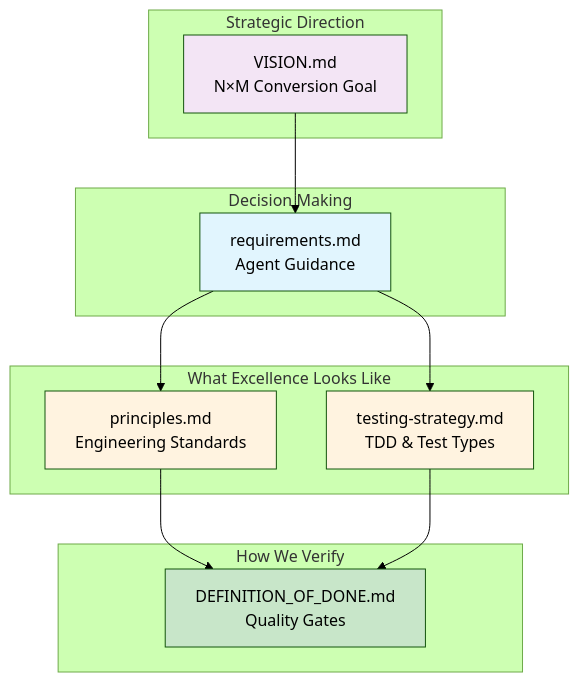
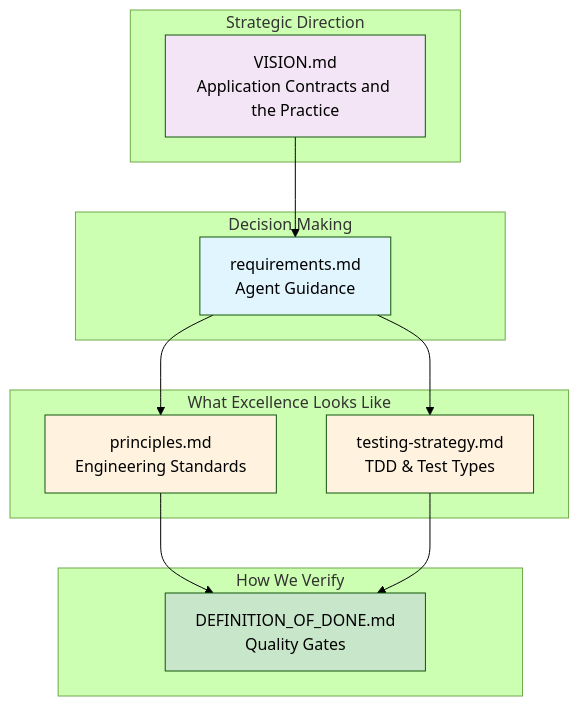
Before and after one commit to EngraphCode/castr: the second of 2 diagrams in .agent/directives/principles.md, drawn with Mermaid (forest theme). The commit also changed other lines of this file and 134 other files, not shown here.

````diff
--- a/.agent/directives/principles.md
+++ b/.agent/directives/principles.md
@@ -233,31 +257,31 @@
 ```mermaid
 graph TD
     subgraph "Strategic Direction"
-        VISION[VISION.md<br/>N×M Conversion Goal]
+        VISION[VISION.md<br/>Application Contracts and the Practice]
     end
 
     subgraph "Decision Making"
         REQ[requirements.md<br/>Agent Guidance]
     end
 
     subgraph "What Excellence Looks Like"
         RULES[principles.md<br/>Engineering Standards]
         TEST[testing-strategy.md<br/>TDD & Test Types]
     end
 
     subgraph "How We Verify"
         DOD[DEFINITION_OF_DONE.md<br/>Quality Gates]
     end
 
     VISION --> REQ
     REQ --> RULES
     REQ --> TEST
     RULES --> DOD
     TEST --> DOD
 
     style VISION fill:#f3e5f5
     style REQ fill:#e1f5fe
     style RULES fill:#fff3e0
     style TEST fill:#fff3e0
     style DOD fill:#c8e6c9
 ```
````
